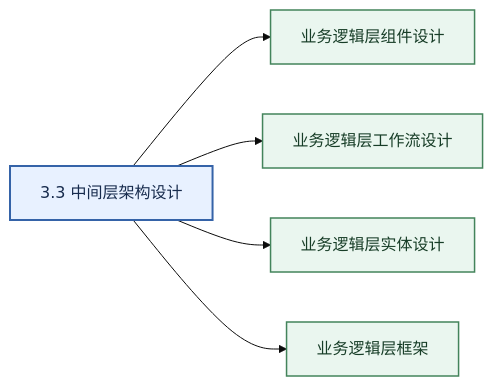
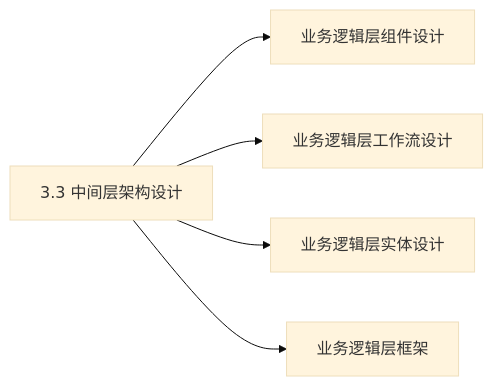
The tenth of 43 diagrams in docs/system-architecture-designer/01_官方大纲与考试政策/02_案例分析大纲脑图.md (mingf423/ruankao), drawn with Mermaid (base theme) before and after one commit. The commit also changed other lines of this file, not shown here.

Commit message:
Make case-analysis Mermaid diagrams renderer-compatible

````diff
--- a/docs/system-architecture-designer/01_官方大纲与考试政策/02_案例分析大纲脑图.md
+++ b/docs/system-architecture-designer/01_官方大纲与考试政策/02_案例分析大纲脑图.md
@@ -239,20 +171,12 @@
 ```mermaid
 flowchart LR
   R["3.3 中间层架构设计"]
-  classDef root fill:#e8f1ff,stroke:#3563a8,color:#172b4d,stroke-width:2px;
-  classDef group fill:#eaf6ef,stroke:#43845b,color:#173d27,stroke-width:1.5px;
-  classDef item fill:#fff5df,stroke:#b7832f,color:#49330d,stroke-width:1px;
-  class R root;
   N1["业务逻辑层组件设计"]
   R --> N1
-  class N1 group;
   N2["业务逻辑层工作流设计"]
   R --> N2
-  class N2 group;
   N3["业务逻辑层实体设计"]
   R --> N3
-  class N3 group;
   N4["业务逻辑层框架"]
   R --> N4
-  class N4 group;
 ```
````
